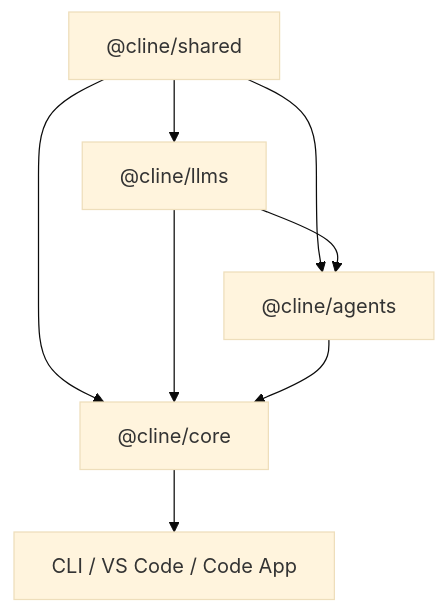
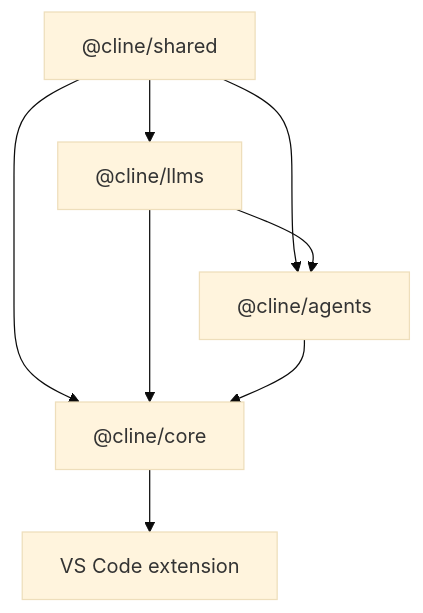
One commit to cline/cline changed the diagram in sdk/AGENTS.md. Above: the diagram before and after it, drawn with Mermaid (base theme). The commit also changed other lines of this file and 1202 other files, not shown here.

````diff
--- a/sdk/AGENTS.md
+++ b/sdk/AGENTS.md
@@ -28,7 +28,7 @@
 ```mermaid
 flowchart TD
   shared["@cline/shared"] --> llms["@cline/llms"] & agents["@cline/agents"] & core["@cline/core"]
   llms --> agents & core
   agents --> core
-  core --> apps["CLI / VS Code / Code App"]
+  core --> vscode["VS Code extension"]
 ```
````
